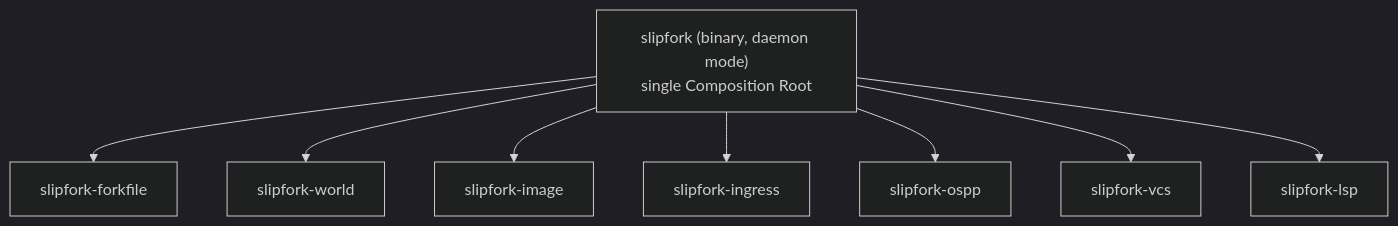
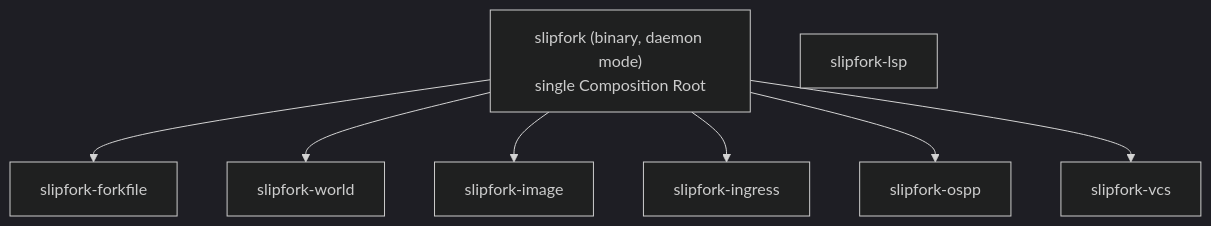
One commit to OffworldNexus/slipfork changed the first of 2 diagrams in ARCHITECTURE.md. Above: the diagram before and after it, drawn with Mermaid (dark theme). The commit also changed other lines of this file and 38 other files, not shown here.

````diff
--- a/ARCHITECTURE.md
+++ b/ARCHITECTURE.md
@@ -7,19 +7,18 @@
 ```mermaid
 flowchart TD
   Root["slipfork (binary, daemon mode)<br/>single Composition Root"]
   FF["slipfork-forkfile"]
   World["slipfork-world"]
   Image["slipfork-image"]
   Ingress["slipfork-ingress"]
   Ospp["slipfork-ospp"]
   Vcs["slipfork-vcs"]
   Lsp["slipfork-lsp"]
 
   Root --> FF
   Root --> World
   Root --> Image
   Root --> Ingress
   Root --> Ospp
   Root --> Vcs
-  Root --> Lsp
 ```
````
